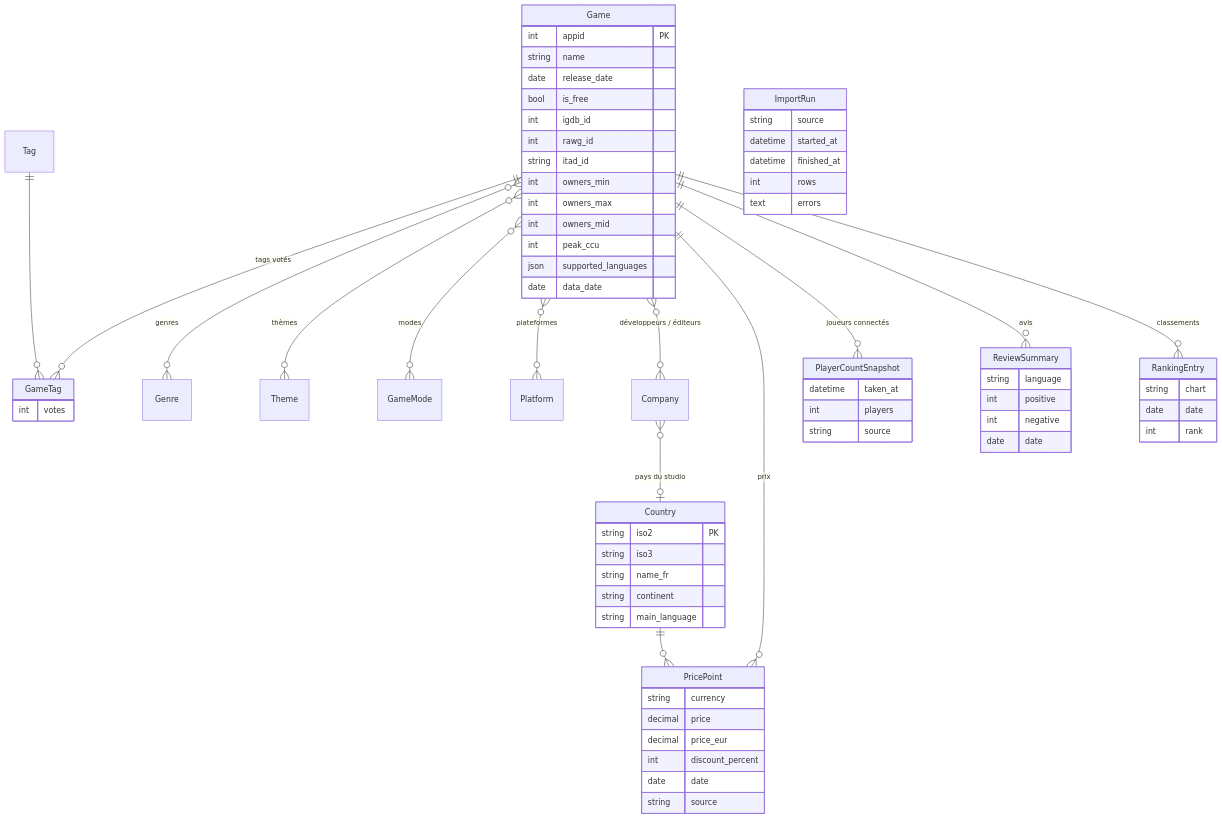
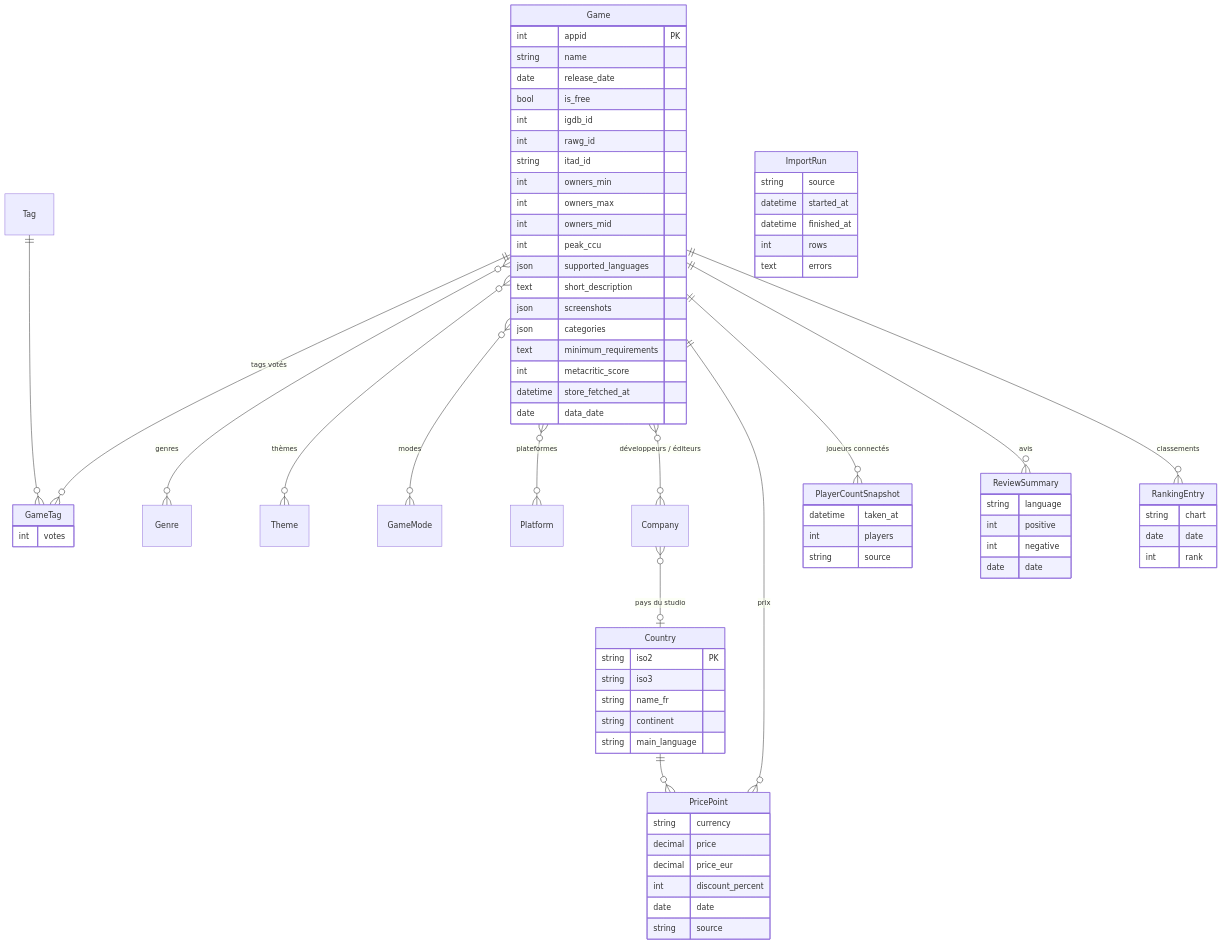
Before and after one commit to PapaOursss/SteamLens: the diagram in docs/donnees.md, drawn with Mermaid. The commit also changed other lines of this file and 14 other files, not shown here.

````diff
--- a/docs/donnees.md
+++ b/docs/donnees.md
@@ -7,73 +7,79 @@
 ```mermaid
 erDiagram
     Game ||--o{ GameTag : "tags votés"
     Tag ||--o{ GameTag : ""
     Game }o--o{ Genre : genres
     Game }o--o{ Theme : thèmes
     Game }o--o{ GameMode : modes
     Game }o--o{ Platform : plateformes
     Game }o--o{ Company : "développeurs / éditeurs"
     Company }o--o| Country : "pays du studio"
     Game ||--o{ PricePoint : prix
     Country ||--o{ PricePoint : ""
     Game ||--o{ PlayerCountSnapshot : "joueurs connectés"
     Game ||--o{ ReviewSummary : avis
     Game ||--o{ RankingEntry : classements
 
     Game {
         int appid PK
         string name
         date release_date
         bool is_free
         int igdb_id
         int rawg_id
         string itad_id
         int owners_min
         int owners_max
         int owners_mid
         int peak_ccu
         json supported_languages
+        text short_description
+        json screenshots
+        json categories
+        text minimum_requirements
+        int metacritic_score
+        datetime store_fetched_at
         date data_date
     }
     GameTag {
         int votes
     }
     Country {
         string iso2 PK
         string iso3
         string name_fr
         string continent
         string main_language
     }
     PricePoint {
         string currency
         decimal price
         decimal price_eur
         int discount_percent
         date date
         string source
     }
     PlayerCountSnapshot {
         datetime taken_at
         int players
         string source
     }
     ReviewSummary {
         string language
         int positive
         int negative
         date date
     }
     RankingEntry {
         string chart
         date date
         int rank
     }
     ImportRun {
         string source
         datetime started_at
         datetime finished_at
         int rows
         text errors
     }
 ```
````
